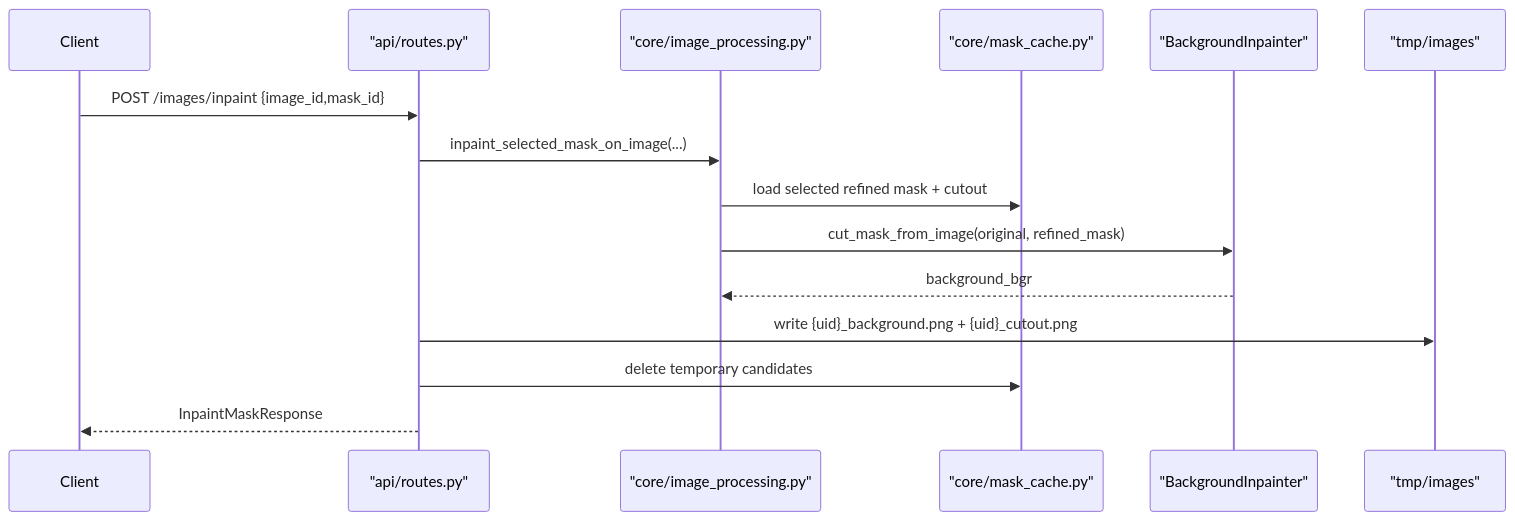
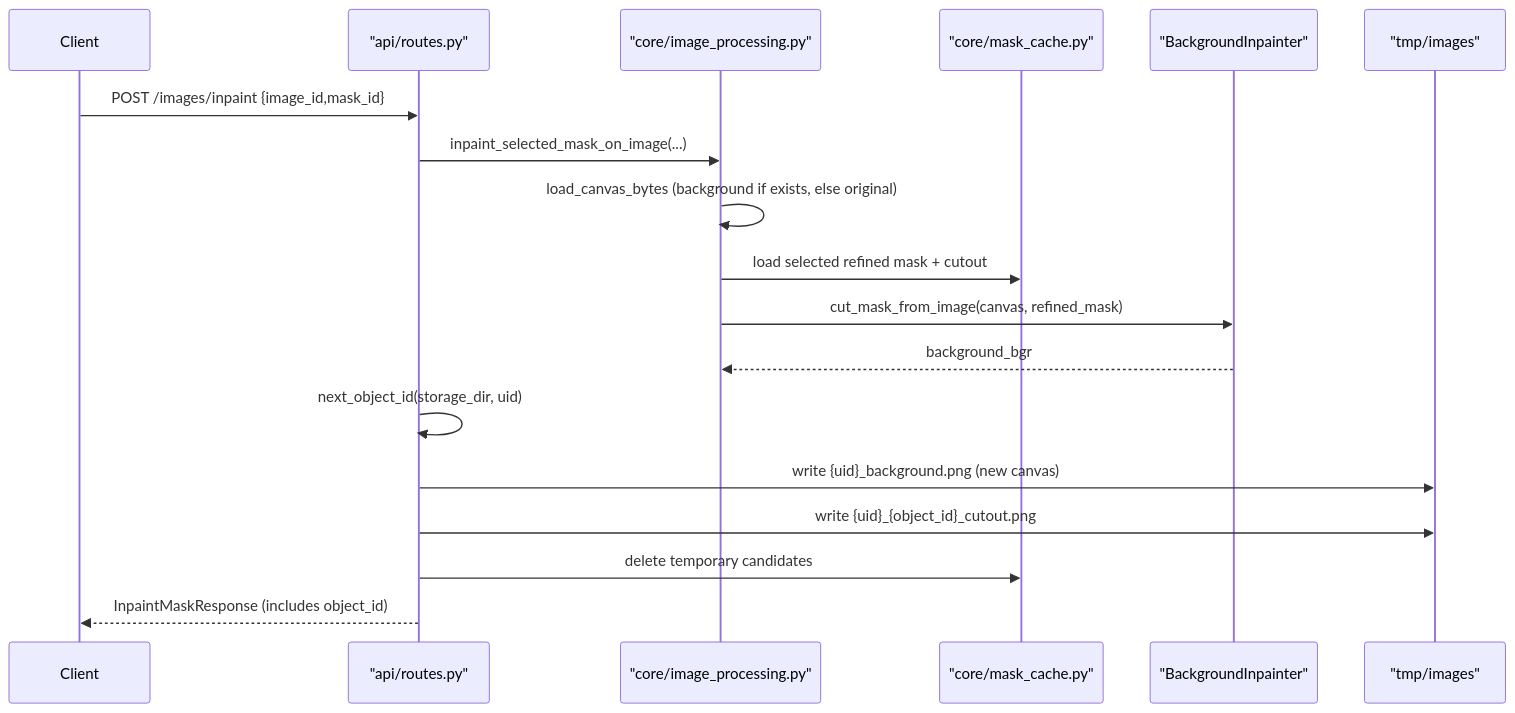
The third of 3 diagrams in docs/backend/data-flow.md (1mache/avroom), drawn with Mermaid before and after one commit. The commit also changed other lines of this file and 15 other files, not shown here.

````diff
--- a/docs/backend/data-flow.md
+++ b/docs/backend/data-flow.md
@@ -42,18 +42,21 @@
 ```mermaid
 sequenceDiagram
     participant Client
     participant Router as "api/routes.py"
     participant Core as "core/image_processing.py"
     participant Cache as "core/mask_cache.py"
     participant AI as "BackgroundInpainter"
     participant Disk as "tmp/images"
 
     Client->>Router: POST /images/inpaint {image_id,mask_id}
     Router->>Core: inpaint_selected_mask_on_image(...)
+    Core->>Core: load_canvas_bytes (background if exists, else original)
     Core->>Cache: load selected refined mask + cutout
-    Core->>AI: cut_mask_from_image(original, refined_mask)
+    Core->>AI: cut_mask_from_image(canvas, refined_mask)
     AI-->>Core: background_bgr
-    Router->>Disk: write {uid}_background.png + {uid}_cutout.png
+    Router->>Router: next_object_id(storage_dir, uid)
+    Router->>Disk: write {uid}_background.png (new canvas)
+    Router->>Disk: write {uid}_{object_id}_cutout.png
     Router->>Cache: delete temporary candidates
-    Router-->>Client: InpaintMaskResponse
+    Router-->>Client: InpaintMaskResponse (includes object_id)
 ```
````
